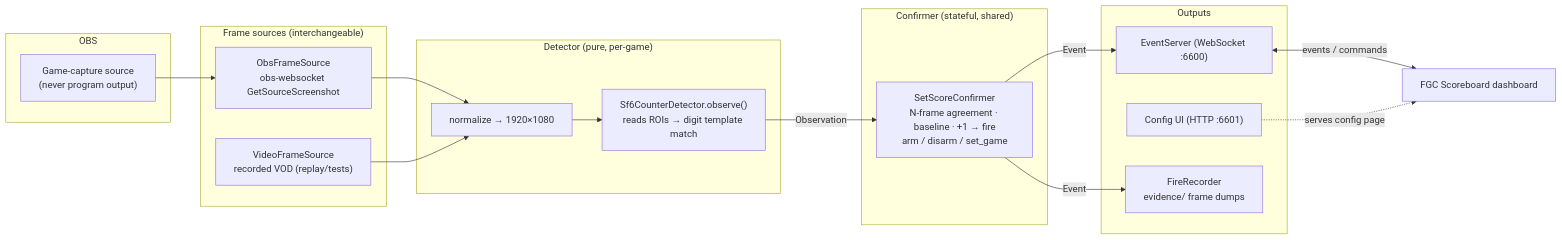
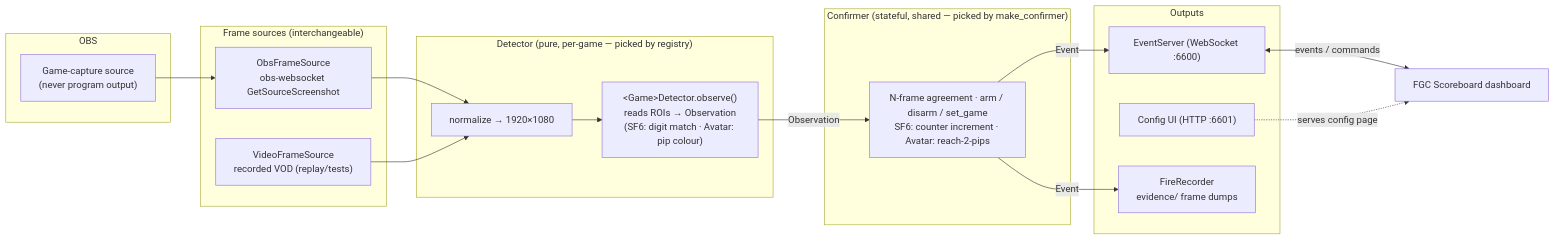
The diagram in README.md (fgc-hamburg/fgc-stream-event-detector), drawn with Mermaid before and after one commit. The commit also changed other lines of this file and 3 other files, not shown here.

````diff
--- a/README.md
+++ b/README.md
@@ -25,38 +34,38 @@
 ```mermaid
 flowchart LR
     subgraph OBS
         GC["Game-capture source<br/>(never program output)"]
     end
 
     subgraph FrameSources["Frame sources (interchangeable)"]
         OFS["ObsFrameSource<br/>obs-websocket GetSourceScreenshot"]
         VFS["VideoFrameSource<br/>recorded VOD (replay/tests)"]
     end
 
-    subgraph Detect["Detector (pure, per-game)"]
+    subgraph Detect["Detector (pure, per-game — picked by registry)"]
         NORM["normalize → 1920×1080"]
-        DET["Sf6CounterDetector.observe()<br/>reads ROIs → digit template match"]
+        DET["&lt;Game&gt;Detector.observe()<br/>reads ROIs → Observation<br/>(SF6: digit match · Avatar: pip colour)"]
     end
 
-    subgraph Confirm["Confirmer (stateful, shared)"]
-        CONF["SetScoreConfirmer<br/>N-frame agreement · baseline · +1 → fire<br/>arm / disarm / set_game"]
+    subgraph Confirm["Confirmer (stateful, shared — picked by make_confirmer)"]
+        CONF["N-frame agreement · arm / disarm / set_game<br/>SF6: counter increment · Avatar: reach-2-pips"]
     end
 
     subgraph Out["Outputs"]
         SRV["EventServer (WebSocket :6600)"]
         UI["Config UI (HTTP :6601)"]
         REC["FireRecorder<br/>evidence/ frame dumps"]
     end
 
     DASH["FGC Scoreboard dashboard"]
 
     GC --> OFS
     OFS --> NORM
     VFS --> NORM
     NORM --> DET
     DET -- Observation --> CONF
     CONF -- Event --> SRV
     CONF -- Event --> REC
     SRV <-- "events / commands" --> DASH
     UI -. serves config page .-> DASH
 ```
````
